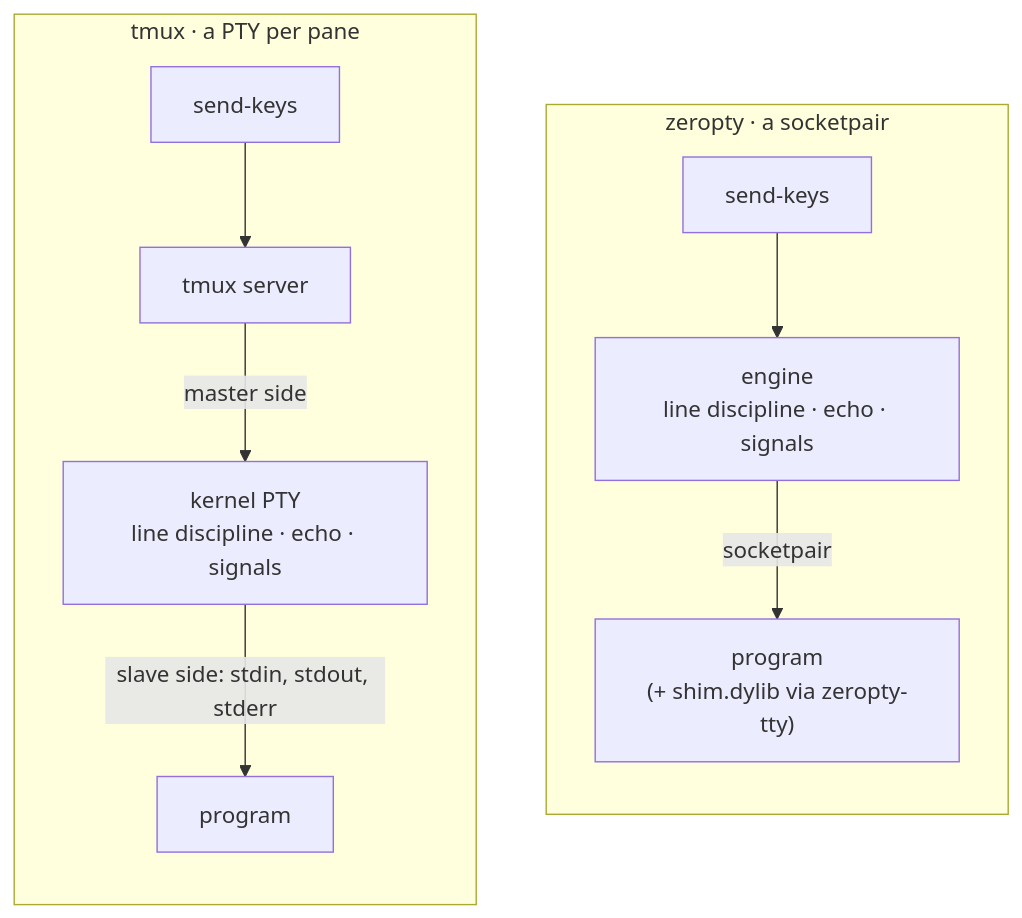
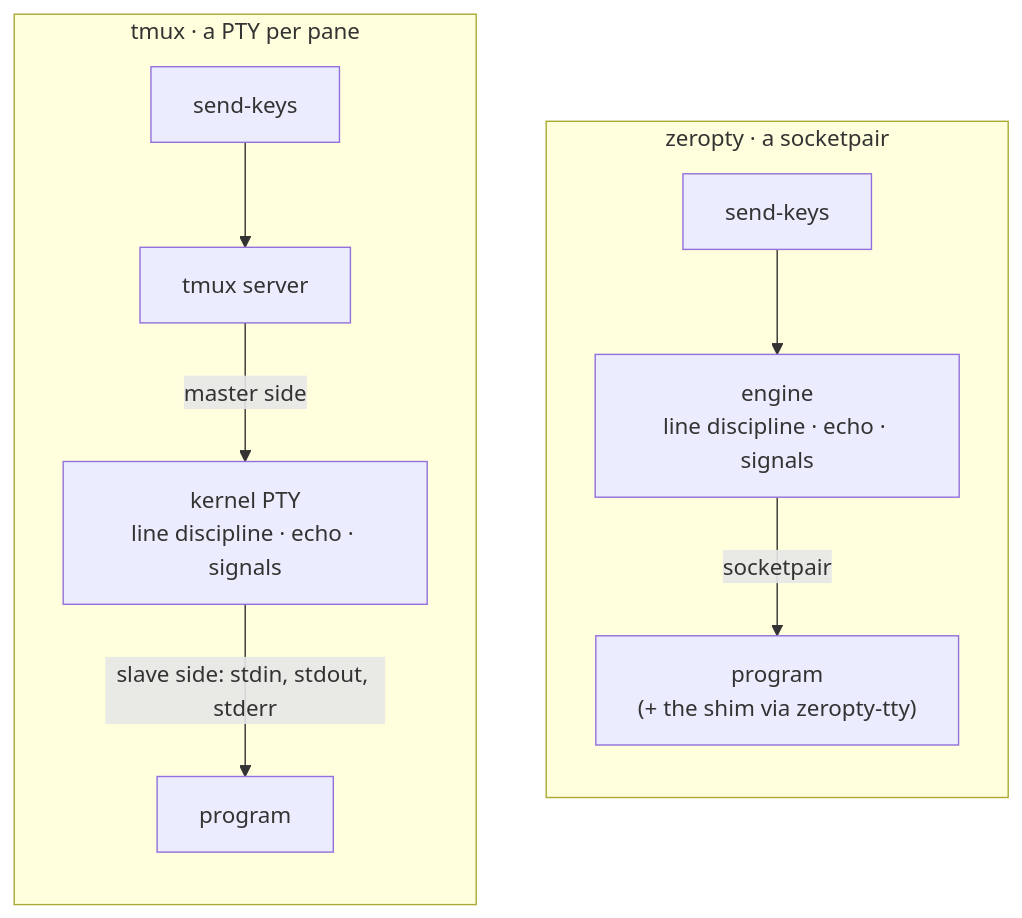
The diagram in website/src/guide/concepts/terminal.md (CreatiCoding/zeropty), drawn with Mermaid before and after one commit. The commit also changed other lines of this file and 19 other files, not shown here.

````diff
--- a/website/src/guide/concepts/terminal.md
+++ b/website/src/guide/concepts/terminal.md
@@ -9,15 +9,15 @@
 ```mermaid
 flowchart LR
   subgraph tmux["tmux · a PTY per pane"]
     direction TB
     tc["send-keys"] --> ts["tmux server"]
     ts -->|"master side"| pty["kernel PTY<br/>line discipline · echo · signals"]
     pty -->|"slave side: stdin, stdout, stderr"| tp["program"]
   end
   subgraph zp["zeropty · a socketpair"]
     direction TB
     zc["send-keys"] --> ze["engine<br/>line discipline · echo · signals"]
-    ze -->|"socketpair"| zpg["program<br/>(+ shim.dylib via zeropty-tty)"]
+    ze -->|"socketpair"| zpg["program<br/>(+ the shim via zeropty-tty)"]
   end
   tmux ~~~ zp
 ```
````
